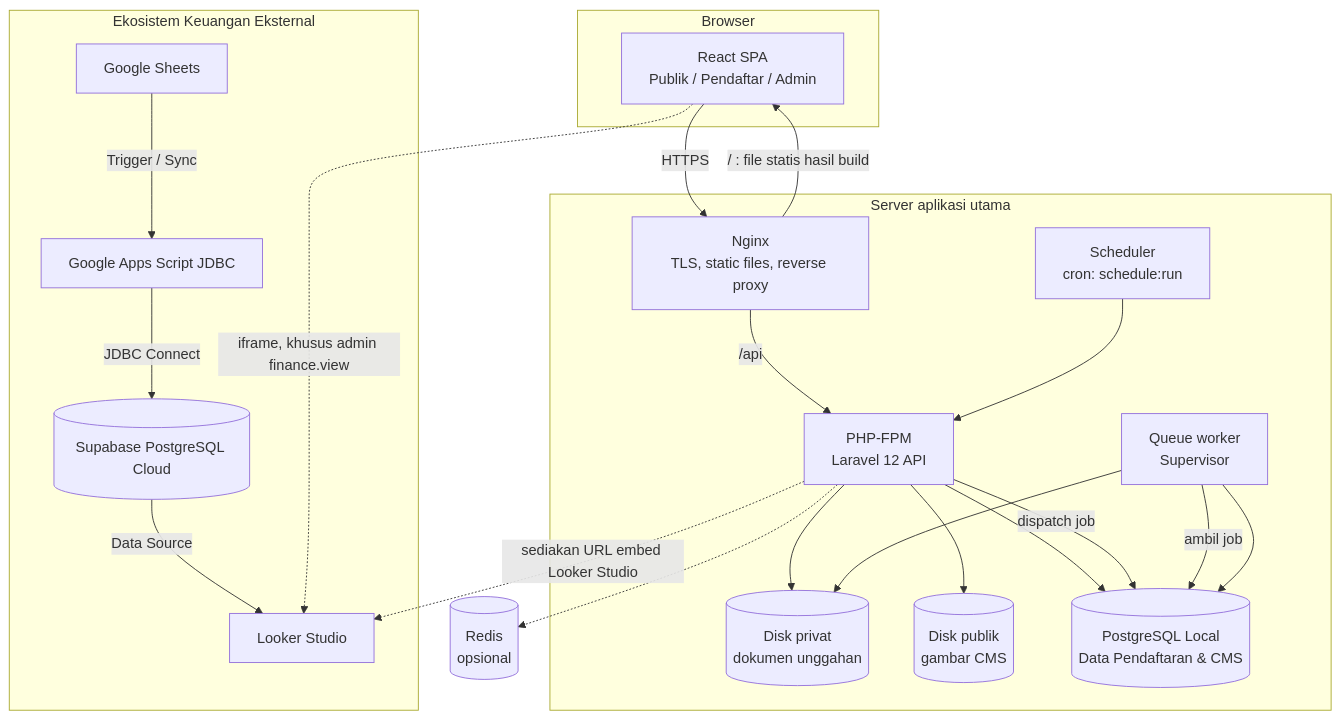
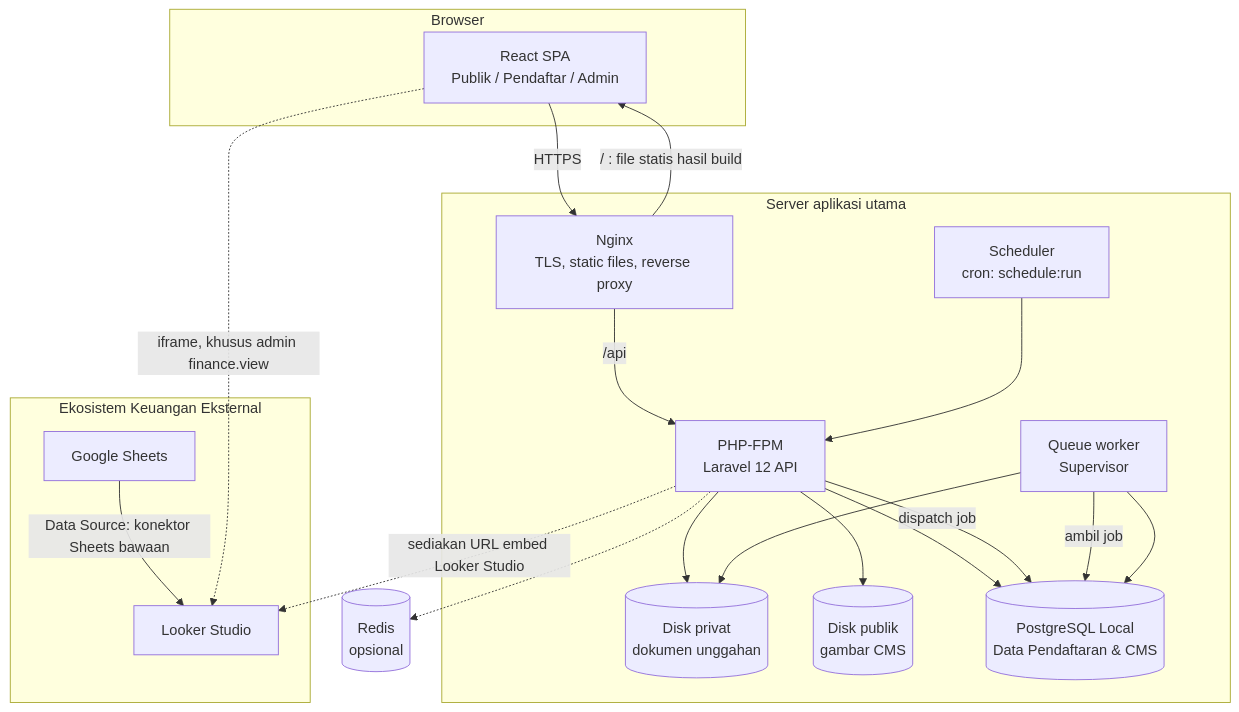
One commit to muhnazli6804-boop/companyprofile changed the second of 10 diagrams in docs/ARCHITECTURE.md. Above: the diagram before and after it, drawn with Mermaid. The commit also changed other lines of this file and 19 other files, not shown here.

````diff
--- a/docs/ARCHITECTURE.md
+++ b/docs/ARCHITECTURE.md
@@ -112,44 +109,40 @@
 ```mermaid
 flowchart TB
     subgraph Browser
         SPA[React SPA\nPublik / Pendaftar / Admin]
     end
 
     subgraph Server["Server aplikasi utama"]
         NG[Nginx\nTLS, static files, reverse proxy]
         FPM[PHP-FPM\nLaravel 12 API]
         WK[Queue worker\nSupervisor]
         SC[Scheduler\ncron: schedule:run]
         FS[(Disk privat\ndokumen unggahan)]
         FP[(Disk publik\ngambar CMS)]
         DB_LOCAL[(PostgreSQL Local\nData Pendaftaran & CMS)]
     end
 
     subgraph Ekosistem Keuangan Eksternal
         GS[Google Sheets]
-        GAS[Google Apps Script JDBC]
-        SUPA[(Supabase PostgreSQL Cloud)]
         LS[Looker Studio]
     end
 
     RD[(Redis\nopsional)]
 
     SPA -->|HTTPS| NG
     NG -->|/ : file statis hasil build| SPA
     NG -->|/api| FPM
     FPM --> DB_LOCAL
     FPM --> FS
     FPM --> FP
     FPM -.-> RD
     FPM -->|dispatch job| DB_LOCAL
     WK -->|ambil job| DB_LOCAL
     WK --> DB_LOCAL
     WK --> FS
     SC --> FPM
 
-    GS -->|Trigger / Sync| GAS
-    GAS -->|JDBC Connect| SUPA
-    SUPA -->|Data Source| LS
+    GS -->|Data Source: konektor Sheets bawaan| LS
     SPA -.->|iframe, khusus admin finance.view| LS
     FPM -.->|sediakan URL embed Looker Studio| LS
 ```
````
